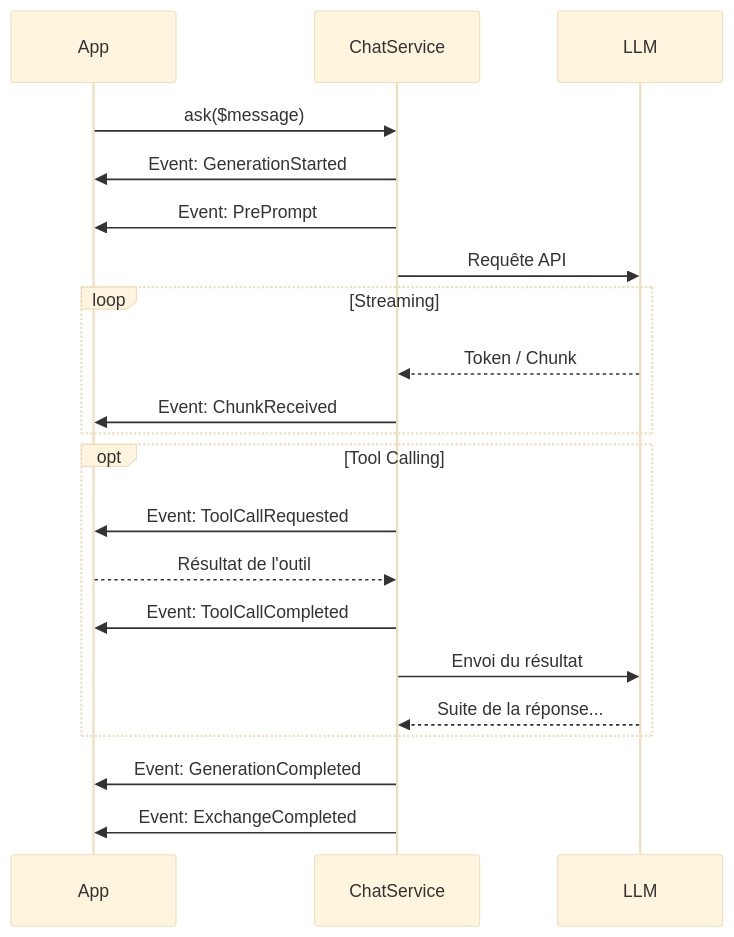
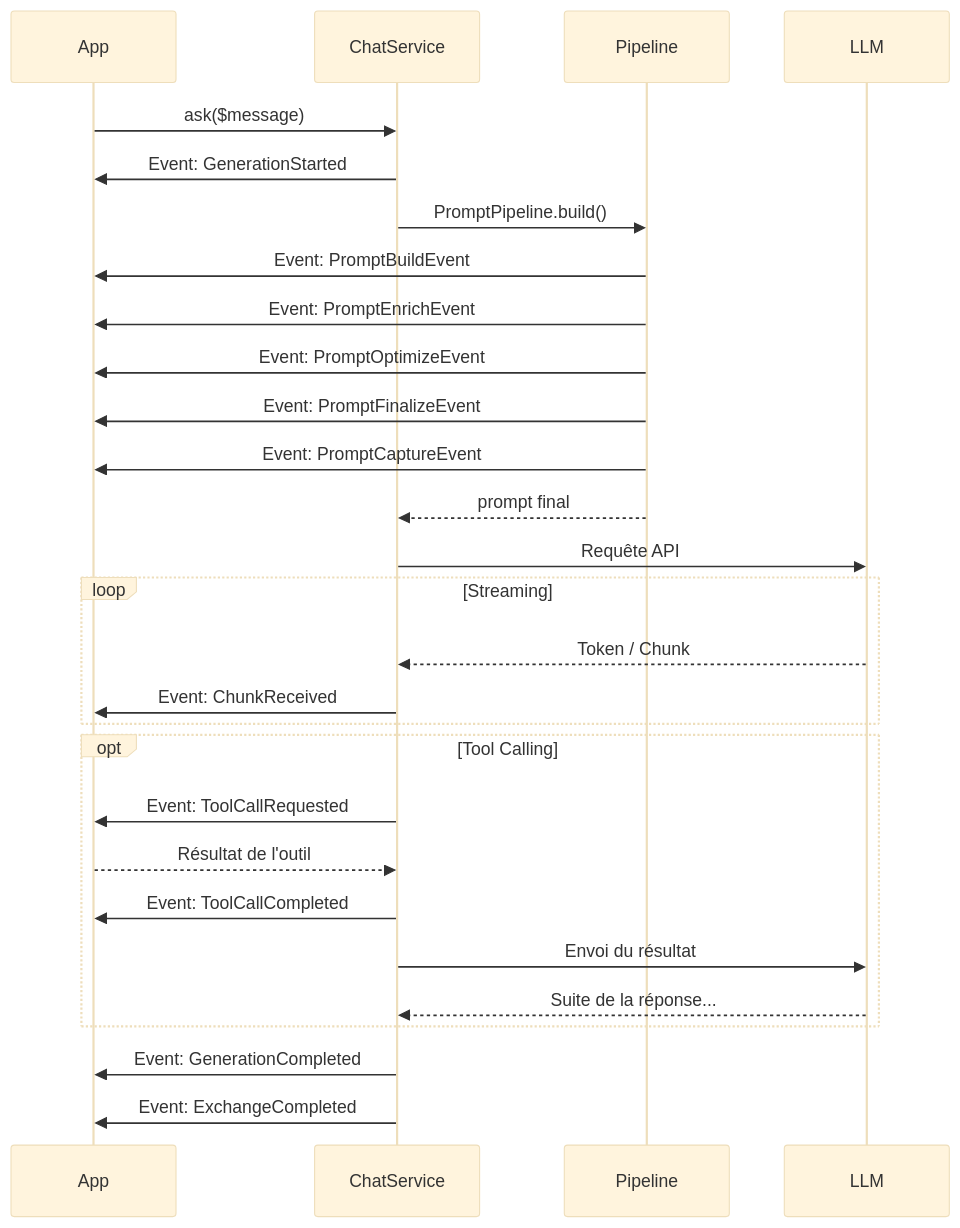
The diagram in packages/core/docs/reference/events/overview.md (arnaudmoncondhuy/synapse-bundle), drawn with Mermaid (base theme) before and after one commit. The commit also changed other lines of this file and 21 other files, not shown here.

````diff
--- a/packages/core/docs/reference/events/overview.md
+++ b/packages/core/docs/reference/events/overview.md
@@ -129,24 +137,31 @@
 ```mermaid
 sequenceDiagram
     participant App
     participant ChatService
+    participant Pipeline
     participant LLM
-    
+
     App->>ChatService: ask($message)
     ChatService->>App: Event: GenerationStarted
-    ChatService->>App: Event: PrePrompt
+    ChatService->>Pipeline: PromptPipeline.build()
+    Pipeline->>App: Event: PromptBuildEvent
+    Pipeline->>App: Event: PromptEnrichEvent
+    Pipeline->>App: Event: PromptOptimizeEvent
+    Pipeline->>App: Event: PromptFinalizeEvent
+    Pipeline->>App: Event: PromptCaptureEvent
+    Pipeline-->>ChatService: prompt final
     ChatService->>LLM: Requête API
     loop Streaming
         LLM-->>ChatService: Token / Chunk
         ChatService->>App: Event: ChunkReceived
     end
     opt Tool Calling
         ChatService->>App: Event: ToolCallRequested
         App-->>ChatService: Résultat de l'outil
         ChatService->>App: Event: ToolCallCompleted
         ChatService->>LLM: Envoi du résultat
         LLM-->>ChatService: Suite de la réponse...
     end
     ChatService->>App: Event: GenerationCompleted
     ChatService->>App: Event: ExchangeCompleted
 ```
````
